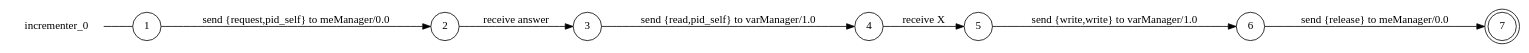
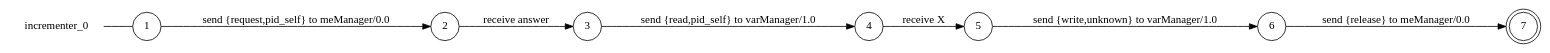
The diagram in examples/violation/incrementer_0_local_view.dot (gabrielegenovese/chorer), drawn with Graphviz before and after one commit. The commit also changed 12 other files, not shown here.

```diff
--- a/examples/violation/incrementer_0_local_view.dot
+++ b/examples/violation/incrementer_0_local_view.dot
@@ -1,19 +1,19 @@
 digraph incrementer_0 {
 	rankdir="LR";
 	n_0 [label="incrementer_0", shape="plaintext"];
 	n_1 [id="5", shape=doublecircle, label="7"];
 	n_2 [id="6", shape=circle, label="5"];
 	n_3 [id="1", shape=circle, label="1"];
 	n_0 -> n_3 [arrowhead=none];
 	n_4 [id="2", shape=circle, label="2"];
 	n_5 [id="4", shape=circle, label="6"];
 	n_6 [id="7", shape=circle, label="3"];
 	n_7 [id="3", shape=circle, label="4"];
 
 	n_6 -> n_7 [id="[$e|4]", label="send {read,pid_self} to varManager/1.0"];
-	n_2 -> n_5 [id="[$e|1]", label="send {write,write} to varManager/1.0"];
+	n_2 -> n_5 [id="[$e|1]", label="send {write,unknown} to varManager/1.0"];
 	n_5 -> n_1 [id="[$e|3]", label="send {release} to meManager/0.0"];
 	n_4 -> n_6 [id="[$e|0]", label="receive answer"];
 	n_7 -> n_2 [id="[$e|2]", label="receive X"];
 	n_3 -> n_4 [id="[$e|5]", label="send {request,pid_self} to meManager/0.0"];
 }
```
